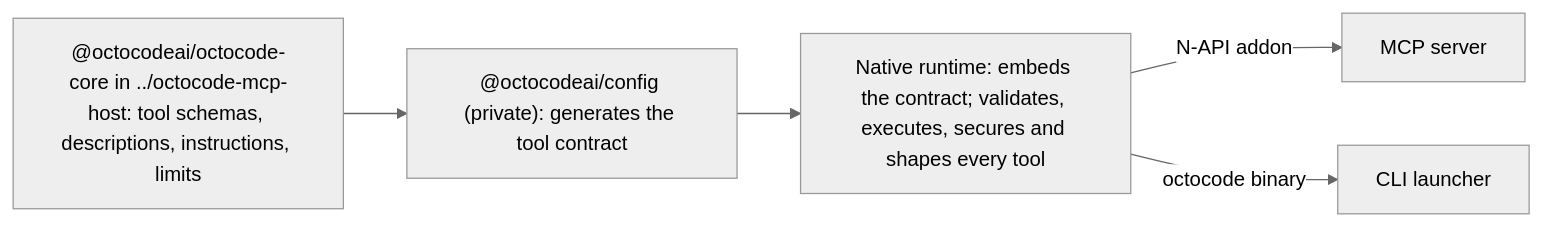
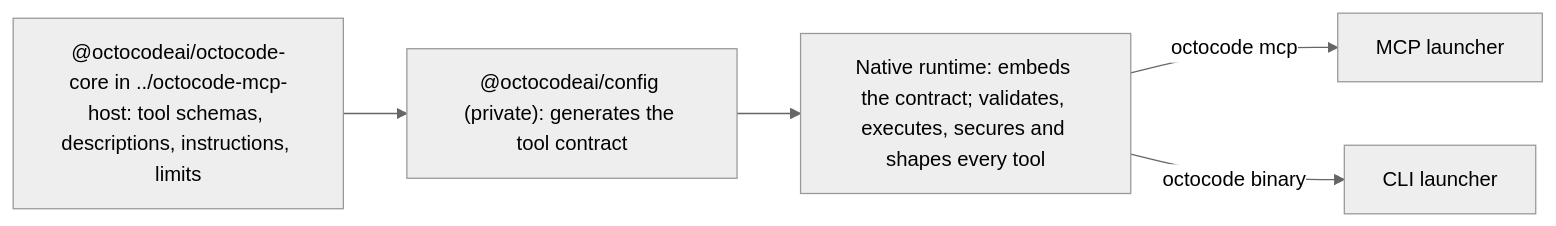
The first of 2 diagrams in AGENTS.md (bgauryy/octocode), drawn with Mermaid (neutral theme) before and after one commit. The commit also changed other lines of this file and 678 other files, not shown here.

````diff
--- a/AGENTS.md
+++ b/AGENTS.md
@@ -21,9 +21,9 @@
 ```mermaid
 flowchart LR
   core["@octocodeai/octocode-core in ../octocode-mcp-host: tool schemas, descriptions, instructions, limits"]
   config["@octocodeai/config (private): generates the tool contract"]
   native["Native runtime: embeds the contract; validates, executes, secures and shapes every tool"]
   core --> config --> native
-  native -- N-API addon --> mcp[MCP server]
+  native -- "octocode mcp" --> mcp[MCP launcher]
   native -- octocode binary --> cli[CLI launcher]
 ```
````
